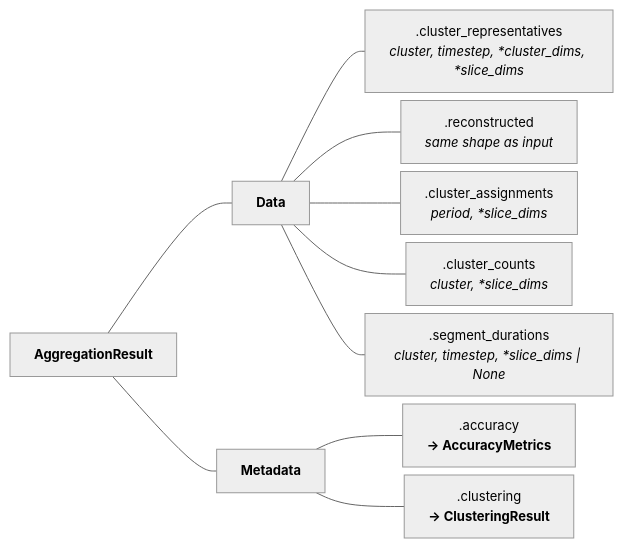
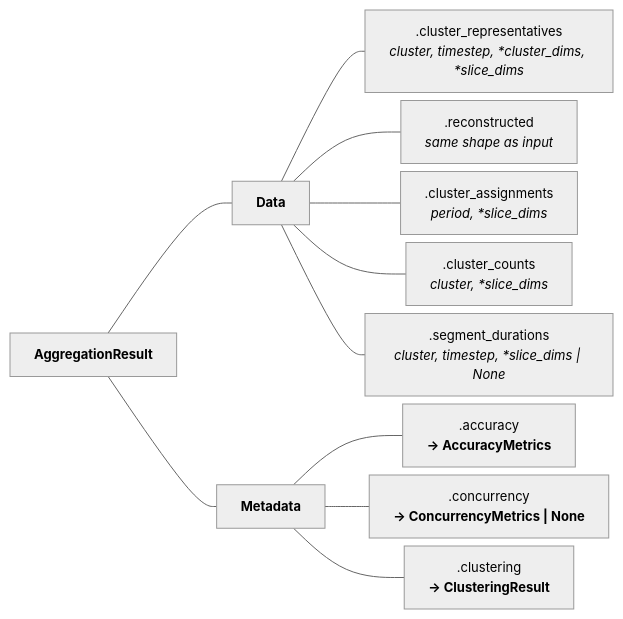
One commit to FBumann/tsam_xarray changed the second of 3 diagrams in docs/data-model.md. Above: the diagram before and after it, drawn with Mermaid. The commit also changed other lines of this file and 5 other files, not shown here.

First line of the commit message:
feat: surface tsam's cross-column concurrency metrics (#122)

````diff
--- a/docs/data-model.md
+++ b/docs/data-model.md
@@ -24,17 +24,18 @@
 ```mermaid
 %%{init: {'theme': 'neutral', 'themeVariables': {'fontSize': '13px'}, 'flowchart': {'padding': 12, 'nodeSpacing': 8, 'rankSpacing': 40, 'htmlLabels': true}}}%%
 graph LR
     R["<b>AggregationResult</b>"]
 
     R --- D["<b>Data</b>"]
     R --- Meta["<b>Metadata</b>"]
 
     D --- F1[".cluster_representatives<br/><i>cluster, timestep, *cluster_dims, *slice_dims</i>"]
     D --- F2[".reconstructed<br/><i>same shape as input</i>"]
     D --- F3[".cluster_assignments<br/><i>period, *slice_dims</i>"]
     D --- F4[".cluster_counts<br/><i>cluster, *slice_dims</i>"]
     D --- F5[".segment_durations<br/><i>cluster, timestep, *slice_dims | None</i>"]
 
     Meta --- A[".accuracy<br/><b>→ AccuracyMetrics</b>"]
+    Meta --- CC[".concurrency<br/><b>→ ConcurrencyMetrics | None</b>"]
     Meta --- C[".clustering<br/><b>→ ClusteringResult</b>"]
 ```
````
